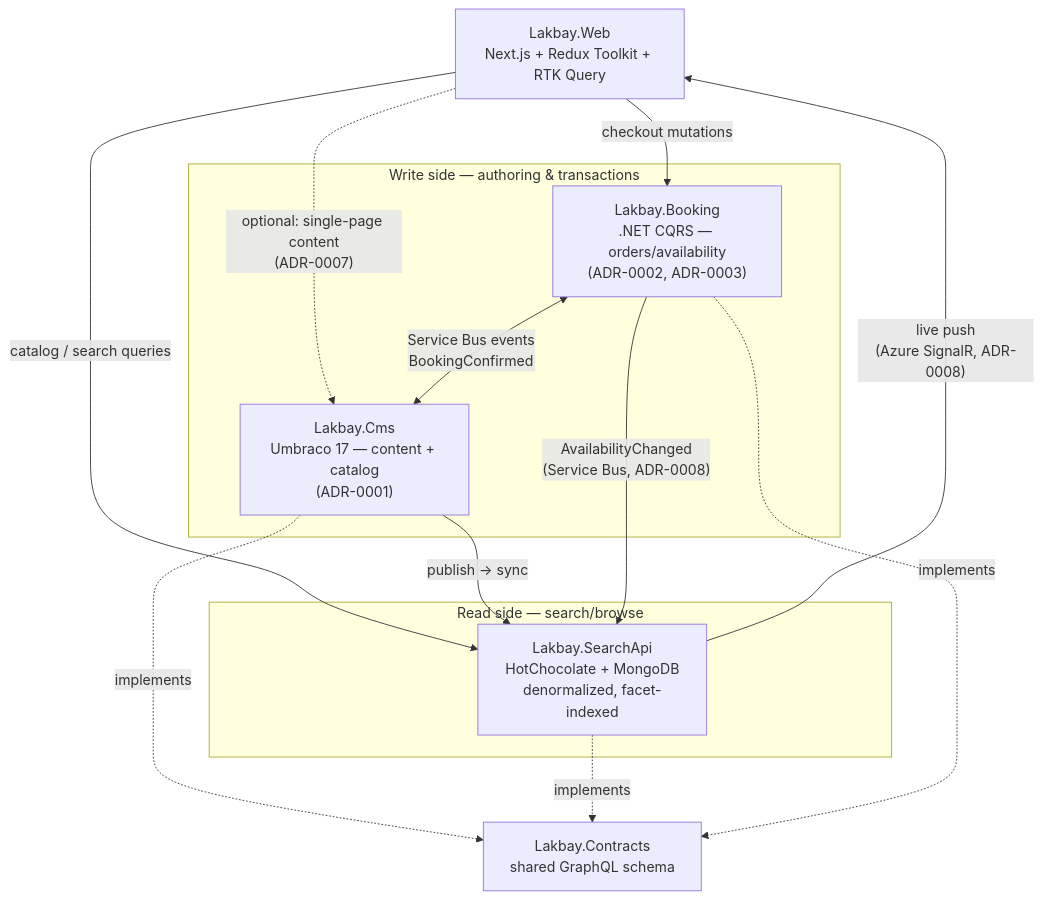
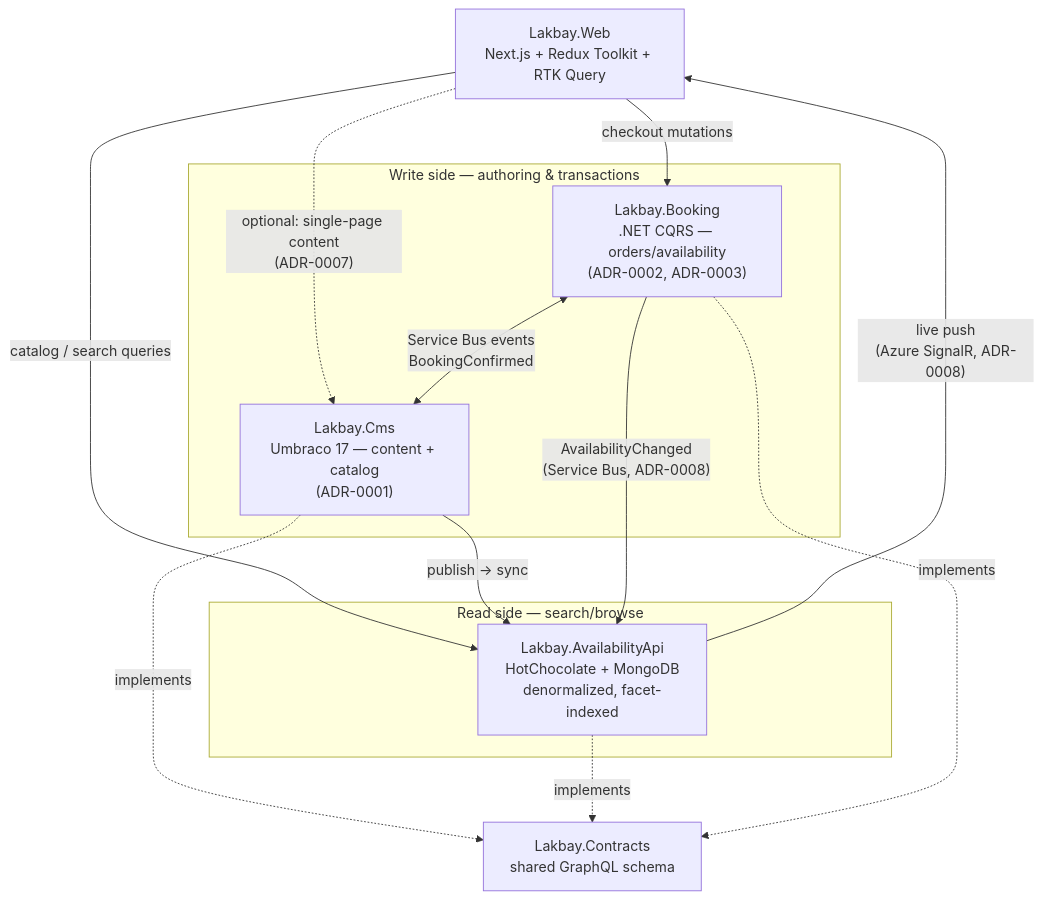
Before and after one commit to randolfsegubre/Lakbay.Docs: the diagram in docs/06_SYSTEM_ARCHITECTURE.md, drawn with Mermaid. The commit also changed other lines of this file and 10 other files, not shown here.

Commit message:
ADR-0009..0012: AvailabilityApi rename+split, ordering guard, double-booking fix, block rendering

````diff
--- a/docs/06_SYSTEM_ARCHITECTURE.md
+++ b/docs/06_SYSTEM_ARCHITECTURE.md
@@ -21,26 +21,26 @@
 ```mermaid
 flowchart TB
     Web["Lakbay.Web\nNext.js + Redux Toolkit + RTK Query"]
 
     subgraph Read["Read side — search/browse"]
-        Search["Lakbay.SearchApi\nHotChocolate + MongoDB\ndenormalized, facet-indexed"]
+        Search["Lakbay.AvailabilityApi\nHotChocolate + MongoDB\ndenormalized, facet-indexed"]
     end
 
     subgraph Write["Write side — authoring & transactions"]
         Cms["Lakbay.Cms\nUmbraco 17 — content + catalog\n(ADR-0001)"]
         Booking["Lakbay.Booking\n.NET CQRS — orders/availability\n(ADR-0002, ADR-0003)"]
     end
 
     Contracts["Lakbay.Contracts\nshared GraphQL schema"]
 
     Web -- "catalog / search queries" --> Search
     Web -- "checkout mutations" --> Booking
     Web -. "optional: single-page content\n(ADR-0007)" .-> Cms
     Cms -- "publish → sync" --> Search
     Booking -- "AvailabilityChanged\n(Service Bus, ADR-0008)" --> Search
     Booking <-- "Service Bus events\nBookingConfirmed" --> Cms
     Search -- "live push\n(Azure SignalR, ADR-0008)" --> Web
     Cms -. implements .-> Contracts
     Search -. implements .-> Contracts
     Booking -. implements .-> Contracts
 ```
````
